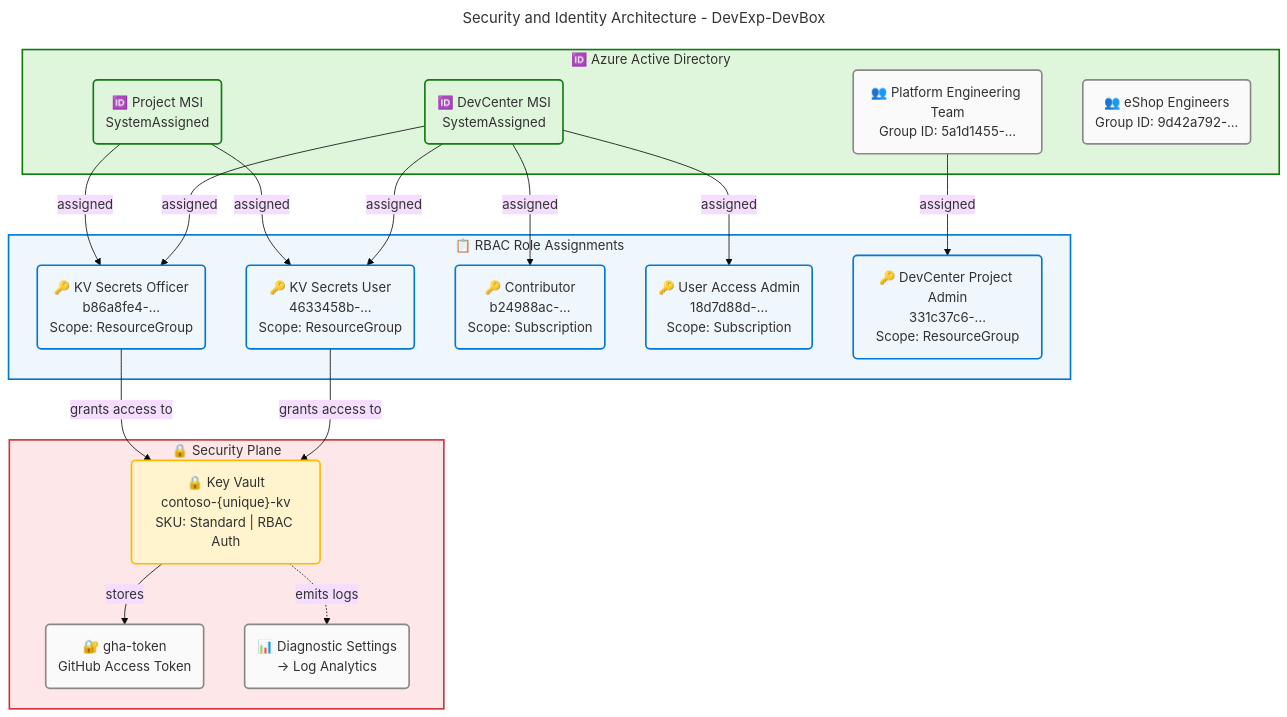
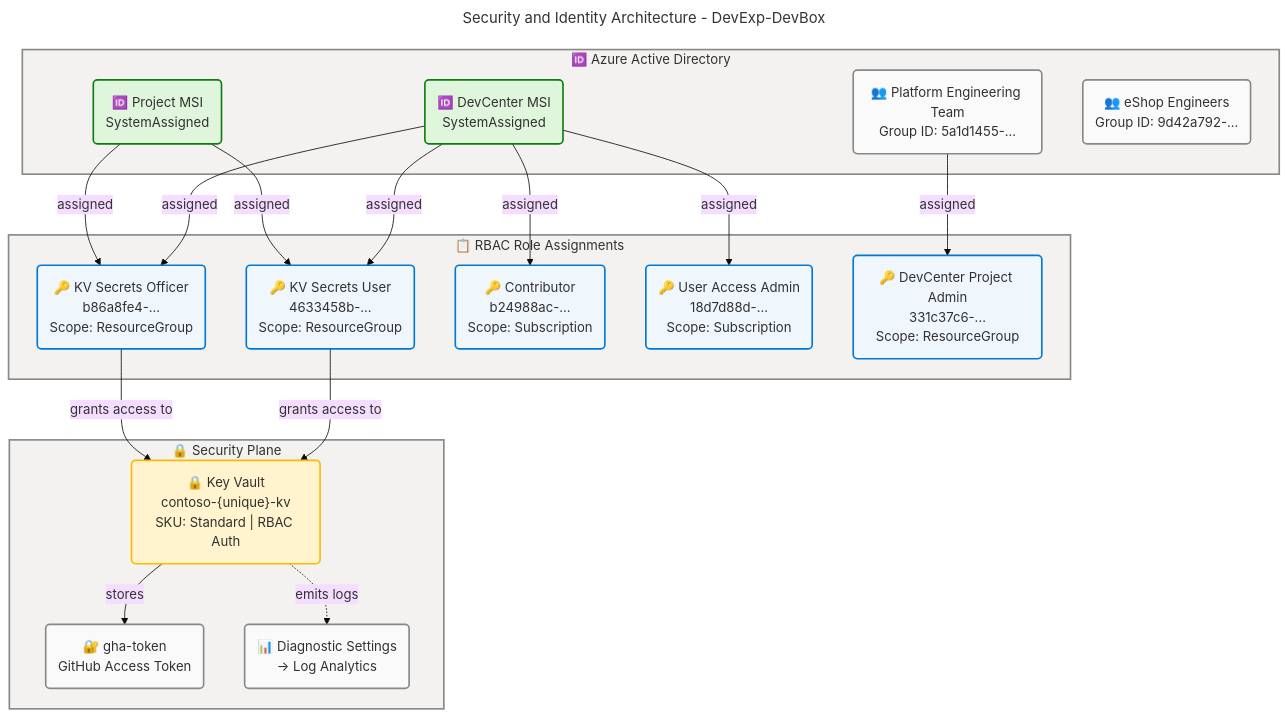
One commit to Evilazaro/DevExp-DevBox changed the fifth of 6 diagrams in docs/architecture/technology-architecture.md. Above: the diagram before and after it, drawn with Mermaid. The commit also changed other lines of this file and 2 other files, not shown here.

Commit message:
refactor: Update Mermaid diagram styles for improved visual consistency across architecture documents

````diff
--- a/docs/architecture/technology-architecture.md
+++ b/docs/architecture/technology-architecture.md
@@ -899,70 +899,70 @@
 ```mermaid
 ---
 title: Security and Identity Architecture - DevExp-DevBox
 config:
   theme: base
   look: classic
   layout: dagre
   themeVariables:
     fontSize: '16px'
   flowchart:
     htmlLabels: true
 ---
 flowchart TB
     accTitle: Security and Identity Architecture - DevExp-DevBox
     accDescr: Shows Key Vault secret management, Managed Identity bindings, and RBAC role assignment flows across DevCenter and Project identities
 
     %% ═══════════════════════════════════════════════════════════════════════════
     %% AZURE / FLUENT ARCHITECTURE PATTERN v1.1
     %% (Semantic + Structural + Font + Accessibility Governance)
     %% ═══════════════════════════════════════════════════════════════════════════
     %% PHASE 1 - FLUENT UI: All styling uses approved Fluent UI palette only
     %% PHASE 2 - GROUPS: Every subgraph has semantic color via style directive
     %% PHASE 3 - COMPONENTS: Every node has semantic classDef + icon prefix
     %% PHASE 4 - ACCESSIBILITY: accTitle/accDescr present, WCAG AA contrast
     %% PHASE 5 - STANDARD: Governance block present, classDefs centralized
     %% ═══════════════════════════════════════════════════════════════════════════
 
     subgraph AzureAD["🆔 Azure Active Directory"]
         DCMSI("🆔 DevCenter MSI<br/>SystemAssigned"):::success
         ProjMSI("🆔 Project MSI<br/>SystemAssigned"):::success
         PlatEng("👥 Platform Engineering Team<br/>Group ID: 5a1d1455-..."):::neutral
         eShopEng("👥 eShop Engineers<br/>Group ID: 9d42a792-..."):::neutral
     end
 
     subgraph KeyVaultPlane["🔒 Security Plane"]
         KV("🔒 Key Vault<br/>contoso-{unique}-kv<br/>SKU: Standard | RBAC Auth"):::warning
         KVSecret("🔐 gha-token<br/>GitHub Access Token"):::neutral
         DiagKV("📊 Diagnostic Settings<br/>→ Log Analytics"):::neutral
     end
 
     subgraph RBACAssignments["📋 RBAC Role Assignments"]
         RoleKVUser("🔑 KV Secrets User<br/>4633458b-...<br/>Scope: ResourceGroup"):::core
         RoleKVOfficer("🔑 KV Secrets Officer<br/>b86a8fe4-...<br/>Scope: ResourceGroup"):::core
         RoleContrib("🔑 Contributor<br/>b24988ac-...<br/>Scope: Subscription"):::core
         RoleUAA("🔑 User Access Admin<br/>18d7d88d-...<br/>Scope: Subscription"):::core
         RoleProjAdmin("🔑 DevCenter Project Admin<br/>331c37c6-...<br/>Scope: ResourceGroup"):::core
     end
 
     DCMSI -->|"assigned"| RoleKVUser
     DCMSI -->|"assigned"| RoleKVOfficer
     DCMSI -->|"assigned"| RoleContrib
     DCMSI -->|"assigned"| RoleUAA
     ProjMSI -->|"assigned"| RoleKVUser
     ProjMSI -->|"assigned"| RoleKVOfficer
     PlatEng -->|"assigned"| RoleProjAdmin
     RoleKVUser -->|"grants access to"| KV
     RoleKVOfficer -->|"grants access to"| KV
     KV -->|"stores"| KVSecret
     KV -.->|"emits logs"| DiagKV
 
     %% Centralized classDefs
     classDef neutral fill:#FAFAFA,stroke:#8A8886,stroke-width:2px,color:#323130
     classDef core fill:#EFF6FC,stroke:#0078D4,stroke-width:2px,color:#323130
     classDef success fill:#DFF6DD,stroke:#107C10,stroke-width:2px,color:#323130
     classDef warning fill:#FFF4CE,stroke:#FFB900,stroke-width:2px,color:#323130
 
-    style AzureAD fill:#DFF6DD,stroke:#107C10,stroke-width:2px,color:#323130
-    style KeyVaultPlane fill:#FDE7E9,stroke:#D13438,stroke-width:2px,color:#323130
-    style RBACAssignments fill:#EFF6FC,stroke:#0078D4,stroke-width:2px,color:#323130
+    style AzureAD fill:#F3F2F1,stroke:#8A8886,stroke-width:2px,color:#323130
+    style KeyVaultPlane fill:#F3F2F1,stroke:#8A8886,stroke-width:2px,color:#323130
+    style RBACAssignments fill:#F3F2F1,stroke:#8A8886,stroke-width:2px,color:#323130
 ```
````
